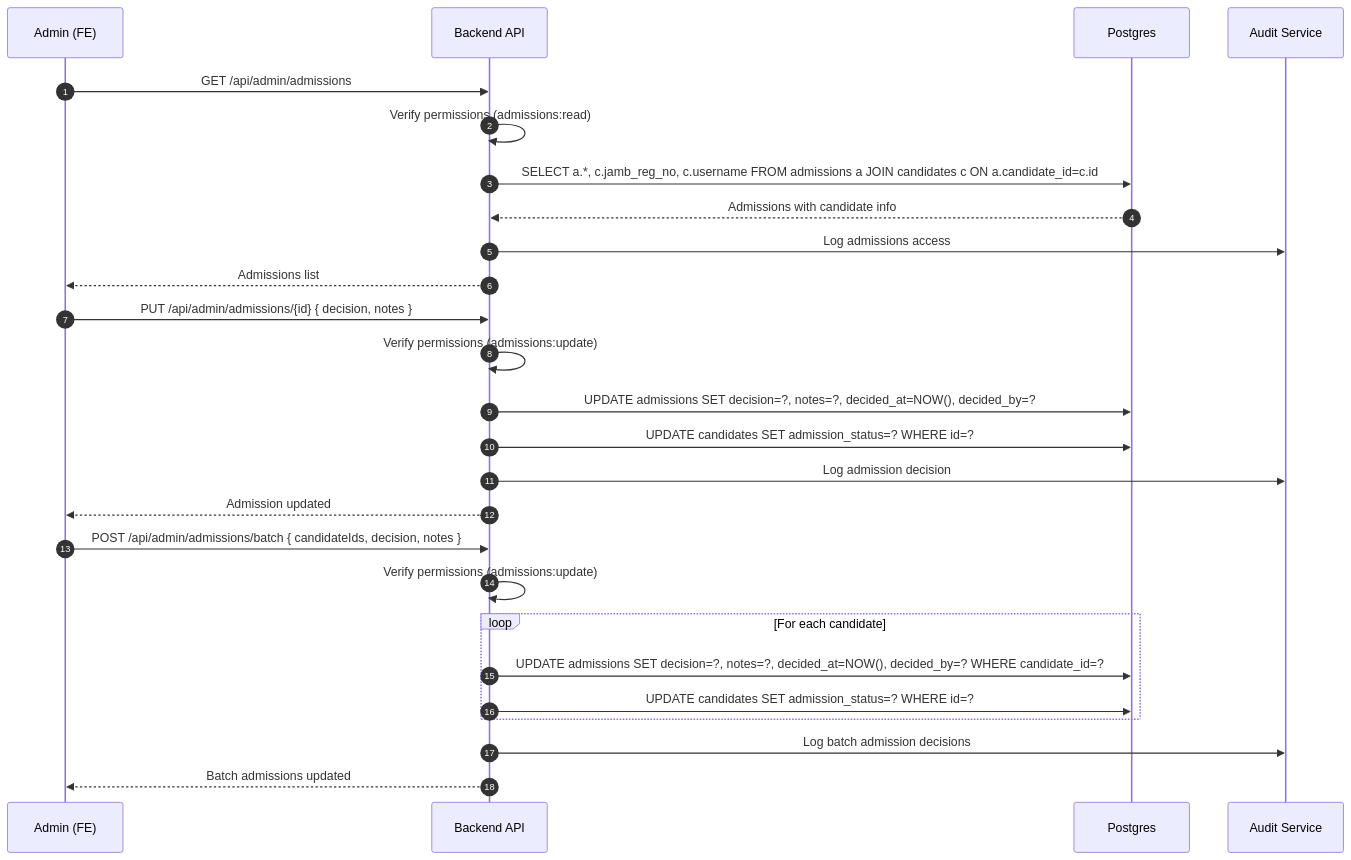
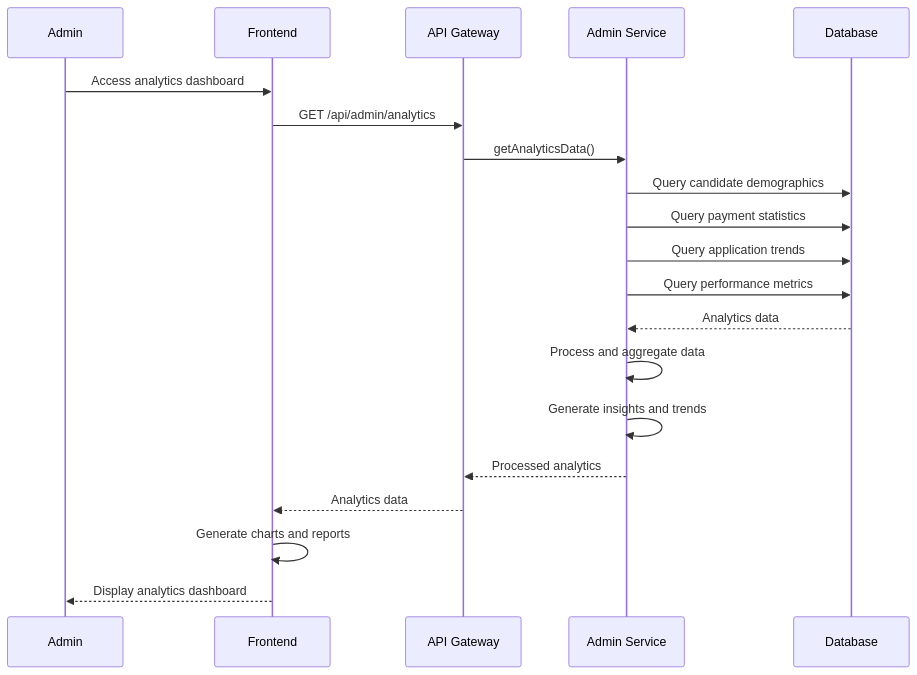
Diagram 13 of 17 in docs/sequence-diagrams.md (sbikelly/fuep_api), drawn with Mermaid before and after one commit. The commit also changed other lines of this file and 35 other files, not shown here.

````diff
--- a/docs/sequence-diagrams.md
+++ b/docs/sequence-diagrams.md
@@ -543,31 +491,25 @@
 ```mermaid
 sequenceDiagram
-  autonumber
-  participant ADM as Admin (FE)
-  participant API as Backend API
-  participant DB as Postgres
-  participant AUDIT as Audit Service
+    participant A as Admin
+    participant F as Frontend
+    participant API as API Gateway
+    participant AS as Admin Service
+    participant DB as Database
 
-  ADM->>API: GET /api/admin/admissions
-  API->>API: Verify permissions (admissions:read)
-  API->>DB: SELECT a.*, c.jamb_reg_no, c.username FROM admissions a JOIN candidates c ON a.candidate_id=c.id
-  DB-->>API: Admissions with candidate info
-  API->>AUDIT: Log admissions access
-  API-->>ADM: Admissions list
+    A->>F: Access analytics dashboard
+    F->>API: GET /api/admin/analytics
+    API->>AS: getAnalyticsData()
 
-  ADM->>API: PUT /api/admin/admissions/{id} { decision, notes }
-  API->>API: Verify permissions (admissions:update)
-  API->>DB: UPDATE admissions SET decision=?, notes=?, decided_at=NOW(), decided_by=?
-  API->>DB: UPDATE candidates SET admission_status=? WHERE id=?
-  API->>AUDIT: Log admission decision
-  API-->>ADM: Admission updated
+    AS->>DB: Query candidate demographics
+    AS->>DB: Query payment statistics
+    AS->>DB: Query application trends
+    AS->>DB: Query performance metrics
+    DB-->>AS: Analytics data
 
-  ADM->>API: POST /api/admin/admissions/batch { candidateIds, decision, notes }
-  API->>API: Verify permissions (admissions:update)
-  loop For each candidate
-    API->>DB: UPDATE admissions SET decision=?, notes=?, decided_at=NOW(), decided_by=? WHERE candidate_id=?
-    API->>DB: UPDATE candidates SET admission_status=? WHERE id=?
-  end
-  API->>AUDIT: Log batch admission decisions
-  API-->>ADM: Batch admissions updated
+    AS->>AS: Process and aggregate data
+    AS->>AS: Generate insights and trends
+    AS-->>API: Processed analytics
+    API-->>F: Analytics data
+    F->>F: Generate charts and reports
+    F-->>A: Display analytics dashboard
 ```
````
